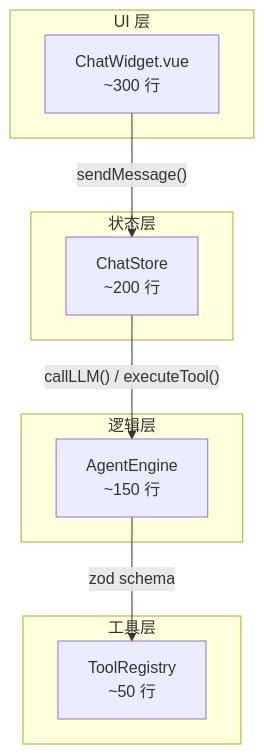
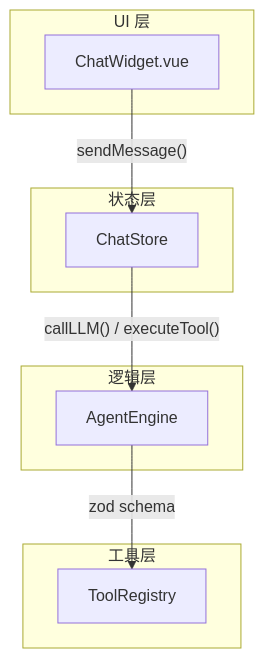
One commit to suzedong/accounting-app changed the first of 4 diagrams in docs/03-活跃设计文档.md. Above: the diagram before and after it, drawn with Mermaid. The commit also changed other lines of this file and 20 other files, not shown here.

````diff
--- a/docs/03-活跃设计文档.md
+++ b/docs/03-活跃设计文档.md
@@ -47,22 +52,22 @@
 ```mermaid
 graph TB
     subgraph UI["UI 层"]
-        A["ChatWidget.vue<br/>~300 行"]
+        A["ChatWidget.vue"]
     end
 
     subgraph State["状态层"]
-        B["ChatStore<br/>~200 行"]
+        B["ChatStore"]
     end
 
     subgraph Logic["逻辑层"]
-        C["AgentEngine<br/>~150 行"]
+        C["AgentEngine"]
     end
 
     subgraph Tool["工具层"]
-        D["ToolRegistry<br/>~50 行"]
+        D["ToolRegistry"]
     end
 
     A -->|"sendMessage()"| B
     B -->|"callLLM() / executeTool()"| C
     C -->|"zod schema"| D
 ```
````
